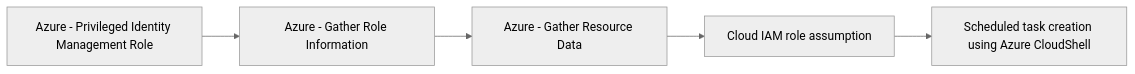
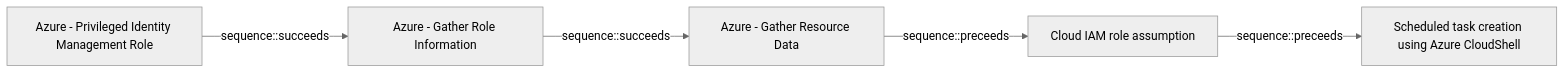
The diagram in docs/threats/azure-privileged-identity-management-role.md (opentidehq/library), drawn with Mermaid (neutral theme) before and after one commit. The commit also changed other lines of this file and 277 other files, not shown here.

````diff
--- a/docs/threats/azure-privileged-identity-management-role.md
+++ b/docs/threats/azure-privileged-identity-management-role.md
@@ -68,12 +107,12 @@
 ```mermaid
 flowchart LR
 fa381d6e_92cd_4c96_a340_24df7b21e2b7["Azure - Privileged Identity Management Role"]
 140907eb_c9fb_4330_9d71_656422388b2b["Azure - Gather Role Information"]
 b1593e0b_1b3b_462d_9ab6_21d1c136469d["Azure - Gather Resource Data"]
 f1dc4341_eb45_4d07_8075_b1a6b227cc76["Cloud IAM role assumption"]
 670504aa_cfb8_4d1f_a5ad_16193822085f["Scheduled task creation using Azure CloudShell"]
-fa381d6e_92cd_4c96_a340_24df7b21e2b7 --> 140907eb_c9fb_4330_9d71_656422388b2b
-140907eb_c9fb_4330_9d71_656422388b2b --> b1593e0b_1b3b_462d_9ab6_21d1c136469d
-b1593e0b_1b3b_462d_9ab6_21d1c136469d --> f1dc4341_eb45_4d07_8075_b1a6b227cc76
-f1dc4341_eb45_4d07_8075_b1a6b227cc76 --> 670504aa_cfb8_4d1f_a5ad_16193822085f
+fa381d6e_92cd_4c96_a340_24df7b21e2b7 -->|sequence::succeeds| 140907eb_c9fb_4330_9d71_656422388b2b
+140907eb_c9fb_4330_9d71_656422388b2b -->|sequence::succeeds| b1593e0b_1b3b_462d_9ab6_21d1c136469d
+b1593e0b_1b3b_462d_9ab6_21d1c136469d -->|sequence::preceeds| f1dc4341_eb45_4d07_8075_b1a6b227cc76
+f1dc4341_eb45_4d07_8075_b1a6b227cc76 -->|sequence::preceeds| 670504aa_cfb8_4d1f_a5ad_16193822085f
 ```
````
